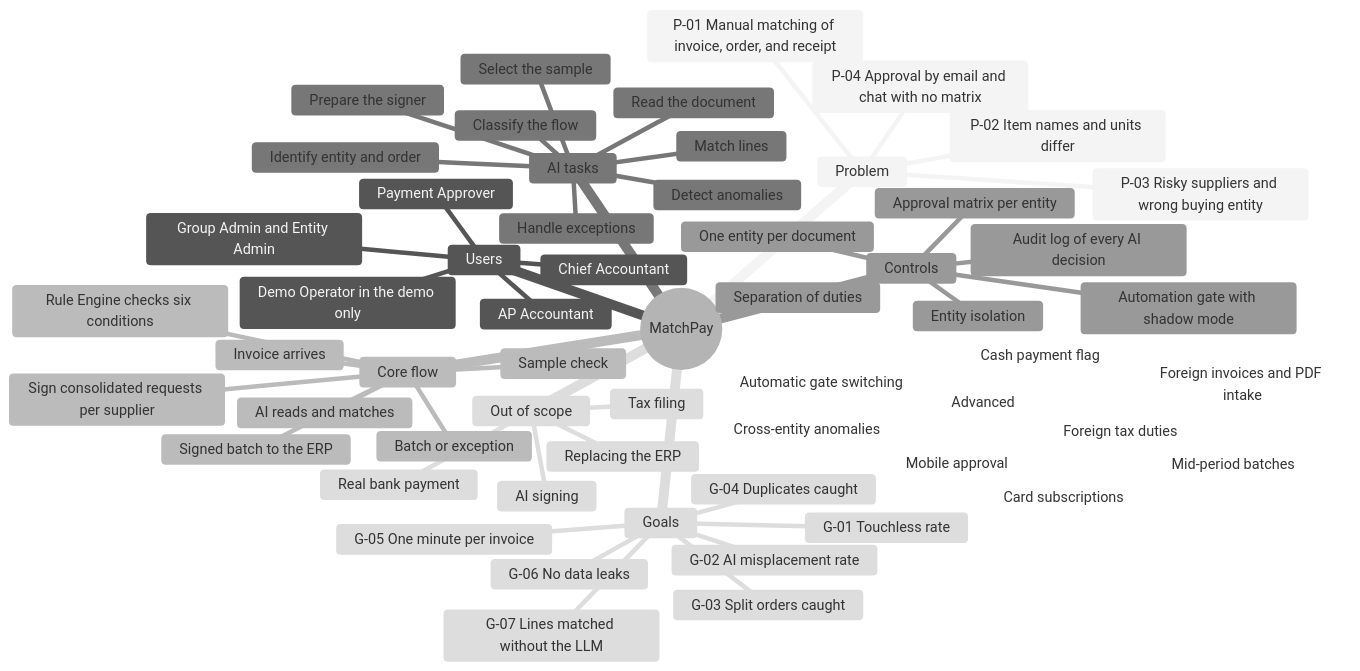
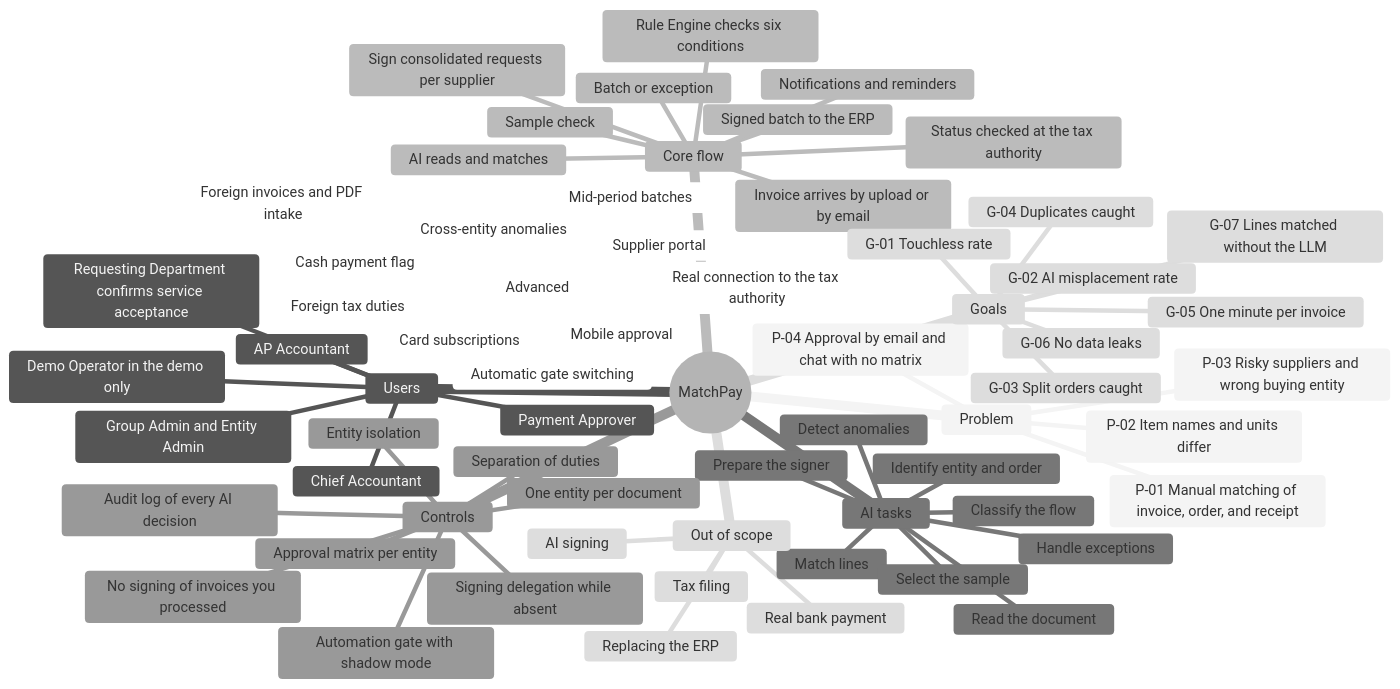
One commit to minhtuann1102/MatchPay changed the first of 2 diagrams in docs/mindmap.md. Above: the diagram before and after it, drawn with Mermaid (neutral theme). The commit also changed other lines of this file and 20 other files, not shown here.

First line of the commit message:
docs: sync Steps 1 and 2 to the feature mind map (draft for review)

````diff
--- a/docs/mindmap.md
+++ b/docs/mindmap.md
@@ -9,61 +9,68 @@
 ```mermaid
 mindmap
   root((MatchPay))
     Problem
       P-01 Manual matching of invoice, order, and receipt
       P-02 Item names and units differ
       P-03 Risky suppliers and wrong buying entity
       P-04 Approval by email and chat with no matrix
     Users
       AP Accountant
       Chief Accountant
       Payment Approver
+      Requesting Department confirms service acceptance
       Group Admin and Entity Admin
       Demo Operator in the demo only
     Core flow
-      Invoice arrives
+      Invoice arrives by upload or by email
+      Status checked at the tax authority
       AI reads and matches
       Rule Engine checks six conditions
       Batch or exception
       Sample check
       Sign consolidated requests per supplier
       Signed batch to the ERP
+      Notifications and reminders
     AI tasks
       Classify the flow
       Read the document
       Identify entity and order
       Match lines
       Detect anomalies
       Handle exceptions
       Select the sample
       Prepare the signer
     Controls
       One entity per document
       Separation of duties
+      No signing of invoices you processed
+      Signing delegation while absent
       Approval matrix per entity
       Automation gate with shadow mode
       Audit log of every AI decision
       Entity isolation
     Goals
       G-01 Touchless rate
       G-02 AI misplacement rate
       G-03 Split orders caught
       G-04 Duplicates caught
       G-05 One minute per invoice
       G-06 No data leaks
       G-07 Lines matched without the LLM
     Advanced
       Automatic gate switching
       Cross-entity anomalies
       Card subscriptions
       Mid-period batches
+      Supplier portal
+      Real connection to the tax authority
       Mobile approval
       Foreign invoices and PDF intake
       Foreign tax duties
       Cash payment flag
     Out of scope
       Real bank payment
       Tax filing
       Replacing the ERP
       AI signing
 ```
````
